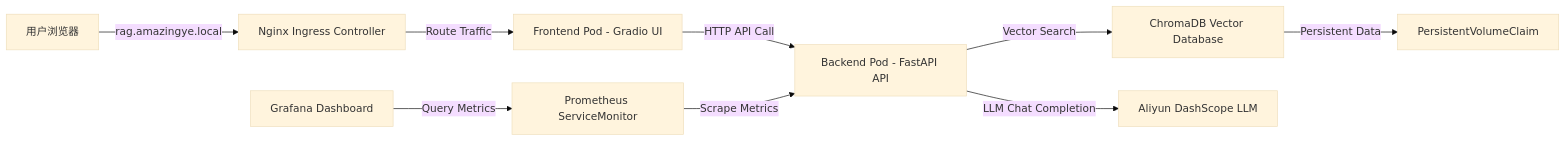
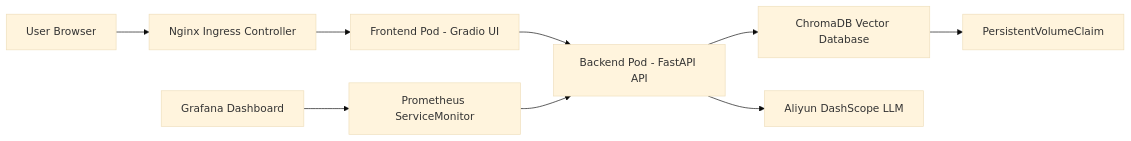
The first of 2 diagrams in README.md (AmazingYe-oss/edu-rag-bot), drawn with Mermaid (base theme) before and after one commit. The commit also changed other lines of this file, not shown here.

First line of the commit message:
Revise README with project overview and architecture

````diff
--- a/README.md
+++ b/README.md
@@ -27,21 +28,21 @@
 ```mermaid
 flowchart LR
-    Client["用户浏览器"]
+    Client["User Browser"]
     Ingress["Nginx Ingress Controller"]
     UI["Frontend Pod - Gradio UI"]
     API["Backend Pod - FastAPI API"]
     ChromaDB["ChromaDB Vector Database"]
     PVC["PersistentVolumeClaim"]
     LLM["Aliyun DashScope LLM"]
     Prometheus["Prometheus ServiceMonitor"]
     Grafana["Grafana Dashboard"]
 
-    Client -->|"rag.amazingye.local"| Ingress
-    Ingress -->|"Route Traffic"| UI
-    UI -->|"HTTP API Call"| API
-    API -->|"Vector Search"| ChromaDB
-    ChromaDB -->|"Persistent Data"| PVC
-    API -->|"LLM Chat Completion"| LLM
-    Prometheus -->|"Scrape Metrics"| API
-    Grafana -->|"Query Metrics"| Prometheus
+    Client --> Ingress
+    Ingress --> UI
+    UI --> API
+    API --> ChromaDB
+    ChromaDB --> PVC
+    API --> LLM
+    Prometheus --> API
+    Grafana --> Prometheus
 ```
````
